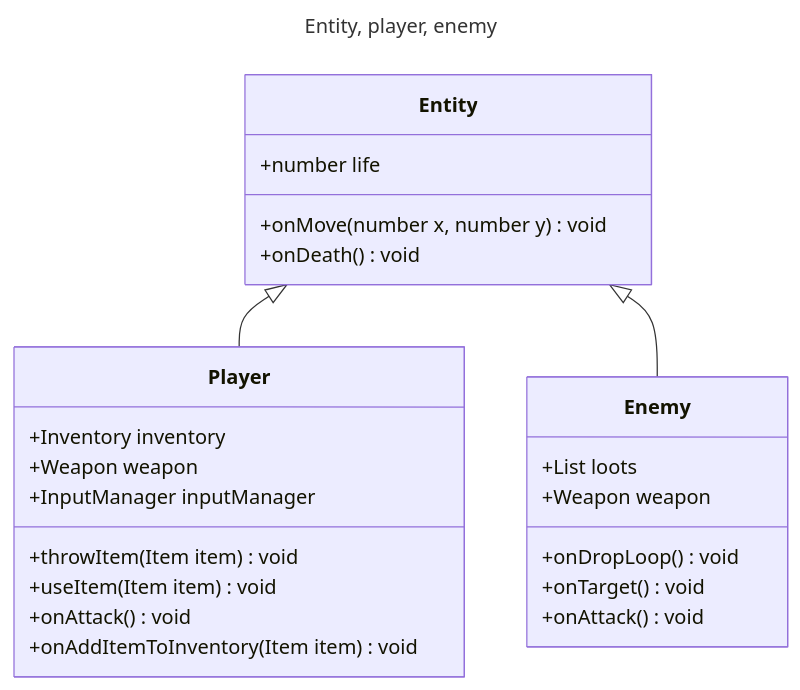
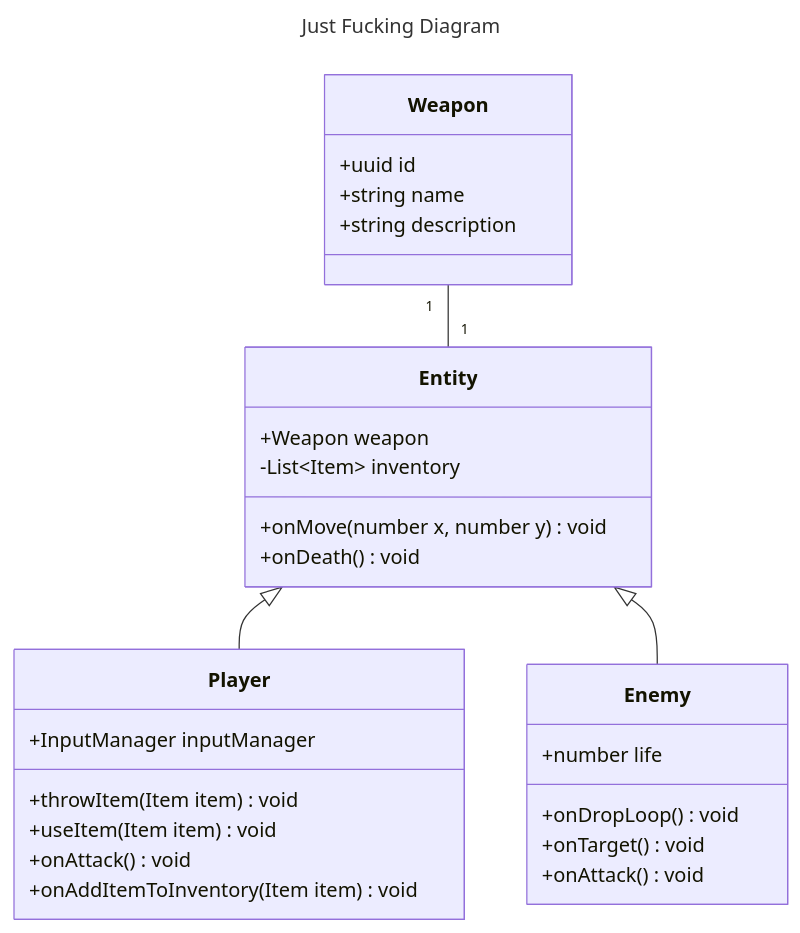
One commit to platypus-production/Pirate-GJ-15 changed the third of 4 diagrams in docs/Pirate Jam/Game Design Document.md. Above: the diagram before and after it, drawn with Mermaid. The commit also changed other lines of this file, not shown here.

````diff
--- a/docs/Pirate Jam/Game Design Document.md
+++ b/docs/Pirate Jam/Game Design Document.md
@@ -174,51 +178,52 @@
 ```mermaid
 ---
-title: Entity, player, enemy
+title: Just Fucking Diagram
 ---
 classDiagram
 
 Entity <|-- Player
 
 Entity <|-- Enemy
 
-  
+Weapon "1" -- "1" Entity
 
 class Entity {
 
-+number life
++Weapon weapon
+-List~Item~ inventory
 
 +onMove(number x, number y) void
 
 +onDeath() void
 
 }
 
   
 
 class Player {
-
-+Inventory inventory
-
-+Weapon weapon
 
 +InputManager inputManager
 
 +throwItem(Item item) void
 +useItem(Item item) void
 +onAttack() void
 +onAddItemToInventory(Item item) void
 
 }
 
   
 
 class Enemy {
-
-+List<Item> loots
-+Weapon weapon
++number life
 
 +onDropLoop() void
 +onTarget() void
 +onAttack() void
 }
+
+class Weapon {
++uuid id
++string name
++string description 
+}
 ```
````
